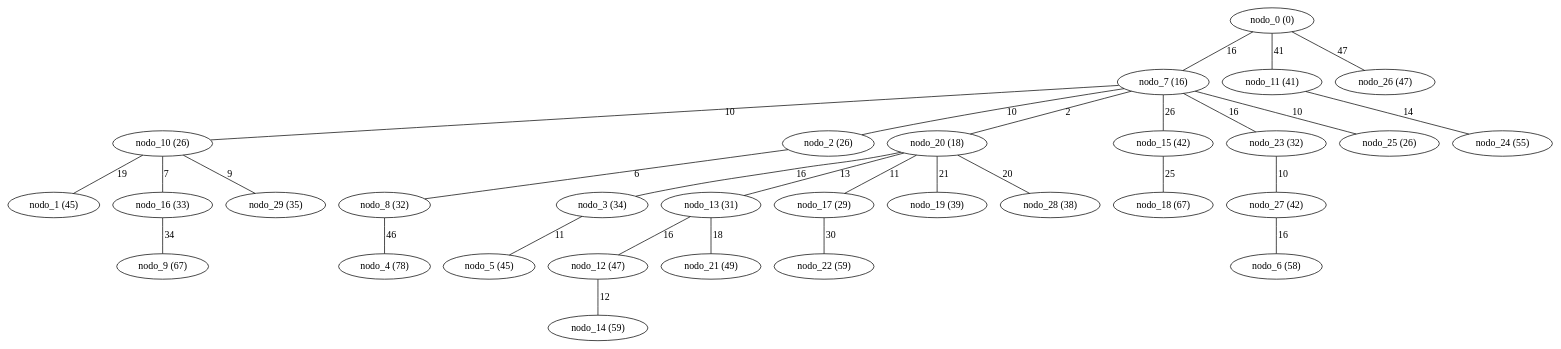
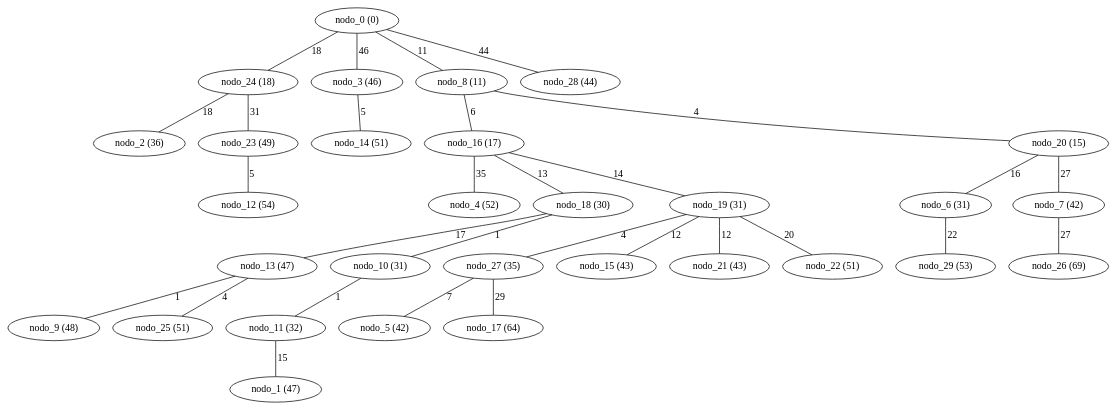
One commit to sinisterra/cic-algoritmos changed the diagram in proyecto03/gen_erdos_ren_30_dijkstra.gv. Above: the diagram before and after it, drawn with Graphviz. The commit also changed 25 other files, not shown here.

```diff
--- a/proyecto03/gen_erdos_ren_30_dijkstra.gv
+++ b/proyecto03/gen_erdos_ren_30_dijkstra.gv
@@ -1,31 +1,31 @@
 graph gen_erdos_ren_30_dijkstra {
- "nodo_10 (26)" -- "nodo_1 (45)" [label=19 weight=19]
- "nodo_7 (16)" -- "nodo_2 (26)" [label=10 weight=10]
- "nodo_20 (18)" -- "nodo_3 (34)" [label=16 weight=16]
- "nodo_8 (32)" -- "nodo_4 (78)" [label=46 weight=46]
- "nodo_3 (34)" -- "nodo_5 (45)" [label=11 weight=11]
- "nodo_27 (42)" -- "nodo_6 (58)" [label=16 weight=16]
- "nodo_0 (0)" -- "nodo_7 (16)" [label=16 weight=16]
- "nodo_2 (26)" -- "nodo_8 (32)" [label=6 weight=6]
- "nodo_16 (33)" -- "nodo_9 (67)" [label=34 weight=34]
- "nodo_7 (16)" -- "nodo_10 (26)" [label=10 weight=10]
- "nodo_0 (0)" -- "nodo_11 (41)" [label=41 weight=41]
- "nodo_13 (31)" -- "nodo_12 (47)" [label=16 weight=16]
- "nodo_20 (18)" -- "nodo_13 (31)" [label=13 weight=13]
- "nodo_12 (47)" -- "nodo_14 (59)" [label=12 weight=12]
- "nodo_7 (16)" -- "nodo_15 (42)" [label=26 weight=26]
- "nodo_10 (26)" -- "nodo_16 (33)" [label=7 weight=7]
- "nodo_20 (18)" -- "nodo_17 (29)" [label=11 weight=11]
- "nodo_15 (42)" -- "nodo_18 (67)" [label=25 weight=25]
- "nodo_20 (18)" -- "nodo_19 (39)" [label=21 weight=21]
- "nodo_7 (16)" -- "nodo_20 (18)" [label=2 weight=2]
- "nodo_13 (31)" -- "nodo_21 (49)" [label=18 weight=18]
- "nodo_17 (29)" -- "nodo_22 (59)" [label=30 weight=30]
- "nodo_7 (16)" -- "nodo_23 (32)" [label=16 weight=16]
- "nodo_11 (41)" -- "nodo_24 (55)" [label=14 weight=14]
- "nodo_7 (16)" -- "nodo_25 (26)" [label=10 weight=10]
- "nodo_0 (0)" -- "nodo_26 (47)" [label=47 weight=47]
- "nodo_23 (32)" -- "nodo_27 (42)" [label=10 weight=10]
- "nodo_20 (18)" -- "nodo_28 (38)" [label=20 weight=20]
- "nodo_10 (26)" -- "nodo_29 (35)" [label=9 weight=9]
+ "nodo_11 (32)" -- "nodo_1 (47)" [label=15 weight=15]
+ "nodo_24 (18)" -- "nodo_2 (36)" [label=18 weight=18]
+ "nodo_0 (0)" -- "nodo_3 (46)" [label=46 weight=46]
+ "nodo_16 (17)" -- "nodo_4 (52)" [label=35 weight=35]
+ "nodo_27 (35)" -- "nodo_5 (42)" [label=7 weight=7]
+ "nodo_20 (15)" -- "nodo_6 (31)" [label=16 weight=16]
+ "nodo_20 (15)" -- "nodo_7 (42)" [label=27 weight=27]
+ "nodo_0 (0)" -- "nodo_8 (11)" [label=11 weight=11]
+ "nodo_13 (47)" -- "nodo_9 (48)" [label=1 weight=1]
+ "nodo_18 (30)" -- "nodo_10 (31)" [label=1 weight=1]
+ "nodo_10 (31)" -- "nodo_11 (32)" [label=1 weight=1]
+ "nodo_23 (49)" -- "nodo_12 (54)" [label=5 weight=5]
+ "nodo_18 (30)" -- "nodo_13 (47)" [label=17 weight=17]
+ "nodo_3 (46)" -- "nodo_14 (51)" [label=5 weight=5]
+ "nodo_19 (31)" -- "nodo_15 (43)" [label=12 weight=12]
+ "nodo_8 (11)" -- "nodo_16 (17)" [label=6 weight=6]
+ "nodo_27 (35)" -- "nodo_17 (64)" [label=29 weight=29]
+ "nodo_16 (17)" -- "nodo_18 (30)" [label=13 weight=13]
+ "nodo_16 (17)" -- "nodo_19 (31)" [label=14 weight=14]
+ "nodo_8 (11)" -- "nodo_20 (15)" [label=4 weight=4]
+ "nodo_19 (31)" -- "nodo_21 (43)" [label=12 weight=12]
+ "nodo_19 (31)" -- "nodo_22 (51)" [label=20 weight=20]
+ "nodo_24 (18)" -- "nodo_23 (49)" [label=31 weight=31]
+ "nodo_0 (0)" -- "nodo_24 (18)" [label=18 weight=18]
+ "nodo_13 (47)" -- "nodo_25 (51)" [label=4 weight=4]
+ "nodo_7 (42)" -- "nodo_26 (69)" [label=27 weight=27]
+ "nodo_19 (31)" -- "nodo_27 (35)" [label=4 weight=4]
+ "nodo_0 (0)" -- "nodo_28 (44)" [label=44 weight=44]
+ "nodo_6 (31)" -- "nodo_29 (53)" [label=22 weight=22]
 }
```
